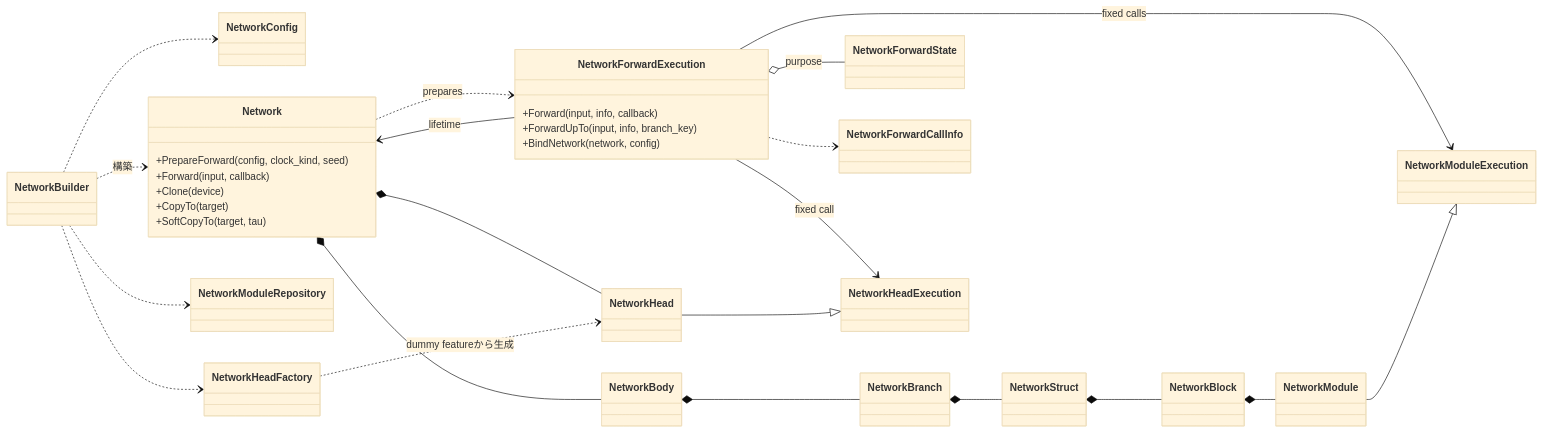
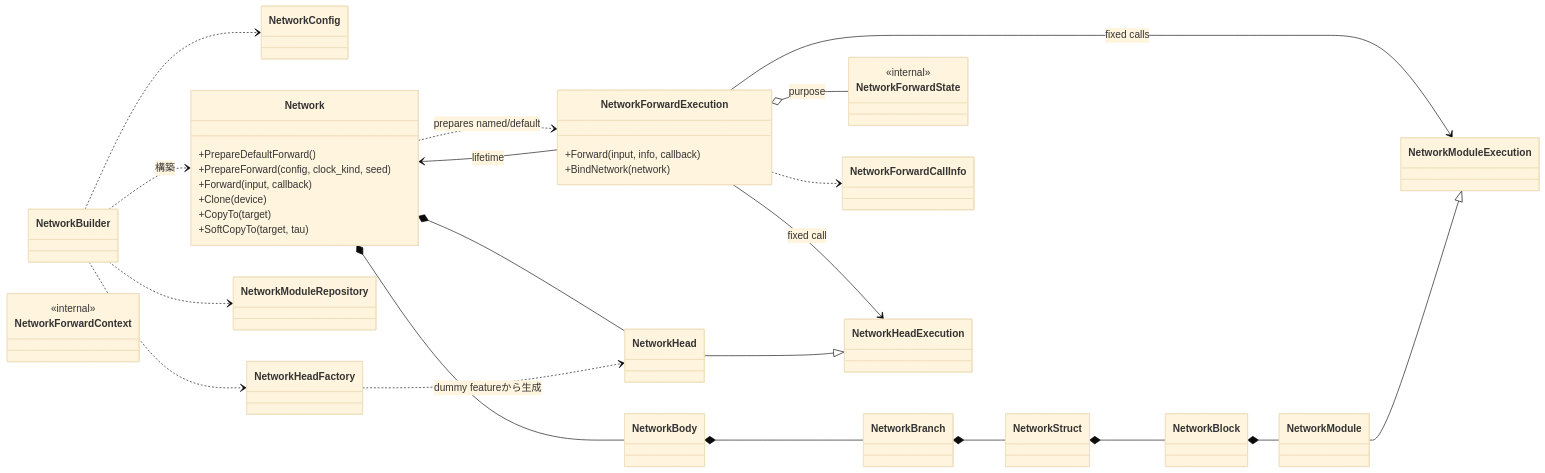
Before and after one commit to kazukin123/anet-lab: the first of 4 diagrams in docs/design/130_neural_networks.en.md, drawn with Mermaid (base theme). The commit also changed other lines of this file and 24 other files, not shown here.

````diff
--- a/docs/design/130_neural_networks.en.md
+++ b/docs/design/130_neural_networks.en.md
@@ -143,51 +143,56 @@
 ```mermaid
 classDiagram
 direction LR
 
 class NetworkBuilder
 class NetworkConfig
 class Network {
+  +PrepareDefaultForward()
   +PrepareForward(config, clock_kind, seed)
   +Forward(input, callback)
   +Clone(device)
   +CopyTo(target)
   +SoftCopyTo(target, tau)
 }
 class NetworkBody
 class NetworkBranch
 class NetworkStruct
 class NetworkBlock
 class NetworkModule
 class NetworkModuleRepository
 class NetworkHead
 class NetworkHeadFactory
 class NetworkForwardExecution {
   +Forward(input, info, callback)
-  +ForwardUpTo(input, info, branch_key)
-  +BindNetwork(network, config)
+  +BindNetwork(network)
 }
-class NetworkForwardState
+class NetworkForwardState {
+  <<internal>>
+}
+class NetworkForwardContext {
+  <<internal>>
+}
 class NetworkForwardCallInfo
 class NetworkModuleExecution
 class NetworkHeadExecution
 
 NetworkForwardExecution --> Network : lifetime
 NetworkForwardExecution o-- NetworkForwardState : purpose
 NetworkForwardExecution ..> NetworkForwardCallInfo
 NetworkForwardExecution --> NetworkModuleExecution : fixed calls
 NetworkForwardExecution --> NetworkHeadExecution : fixed call
 NetworkModule --|> NetworkModuleExecution
 NetworkHead --|> NetworkHeadExecution
-Network ..> NetworkForwardExecution : prepares
+Network ..> NetworkForwardExecution : prepares named/default
 NetworkBuilder ..> NetworkConfig
 NetworkBuilder ..> NetworkModuleRepository
 NetworkBuilder ..> NetworkHeadFactory
 NetworkBuilder ..> Network : 構築
 Network *-- NetworkBody
 Network *-- NetworkHead
 NetworkBody *-- NetworkBranch
 NetworkBranch *-- NetworkStruct
 NetworkStruct *-- NetworkBlock
 NetworkBlock *-- NetworkModule
 NetworkHeadFactory ..> NetworkHead : dummy featureから生成
 ```
````
